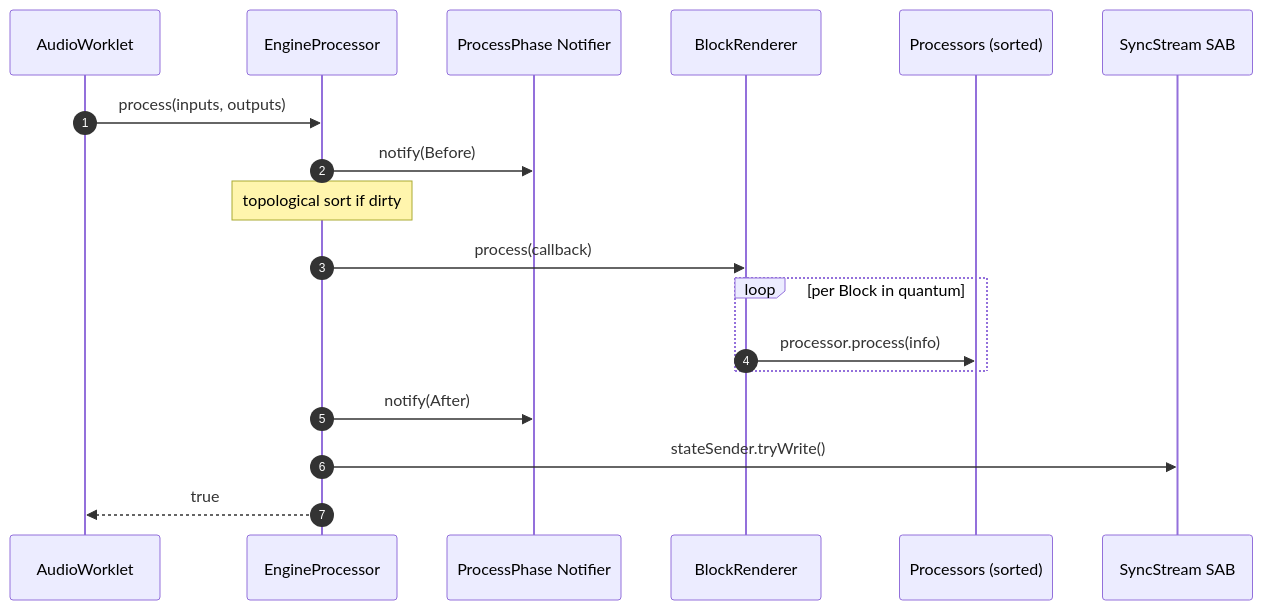
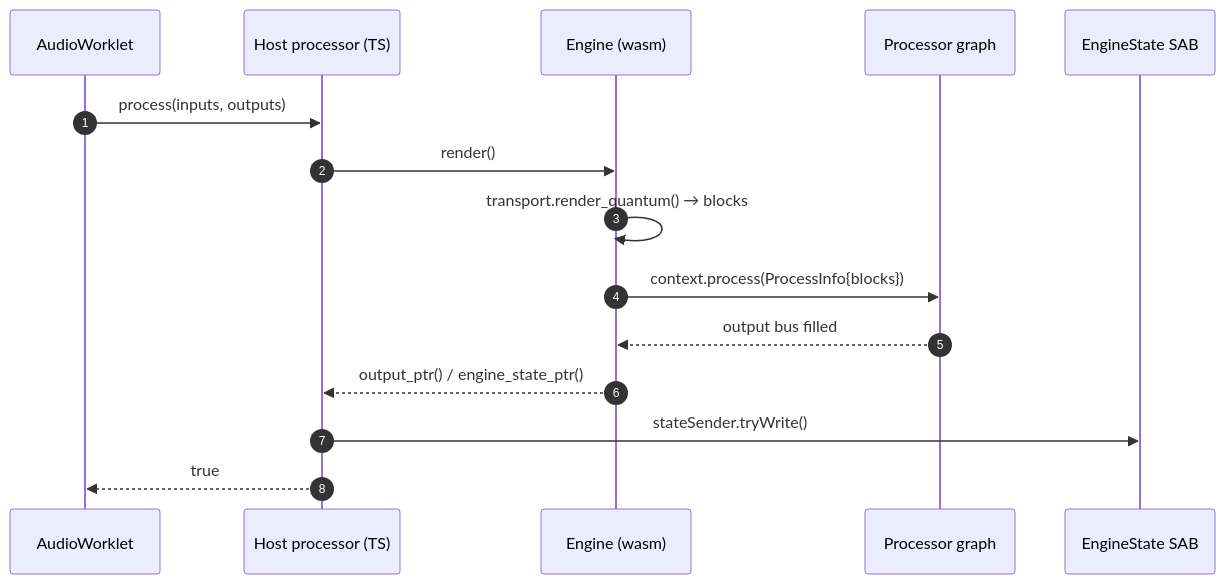
The diagram in documentation/internals/01-engine-processor.md (naomiaro/opendaw-test), drawn with Mermaid before and after one commit. The commit also changed other lines of this file and 51 other files, not shown here.

````diff
--- a/documentation/internals/01-engine-processor.md
+++ b/documentation/internals/01-engine-processor.md
@@ -27,21 +18,18 @@
 ```mermaid
 sequenceDiagram
     autonumber
     participant AW as AudioWorklet
-    participant EP as EngineProcessor
-    participant N as ProcessPhase Notifier
-    participant BR as BlockRenderer
-    participant P as Processors (sorted)
-    participant SAB as SyncStream SAB
+    participant H as Host processor (TS)
+    participant E as Engine (wasm)
+    participant G as Processor graph
+    participant SAB as EngineState SAB
 
-    AW->>EP: process(inputs, outputs)
-    EP->>N: notify(Before)
-    Note over EP: topological sort if dirty
-    EP->>BR: process(callback)
-    loop per Block in quantum
-        BR->>P: processor.process(info)
-    end
-    EP->>N: notify(After)
-    EP->>SAB: stateSender.tryWrite()
-    EP-->>AW: true
+    AW->>H: process(inputs, outputs)
+    H->>E: render()
+    E->>E: transport.render_quantum() → blocks
+    E->>G: context.process(ProcessInfo{blocks})
+    G-->>E: output bus filled
+    E-->>H: output_ptr() / engine_state_ptr()
+    H->>SAB: stateSender.tryWrite()
+    H-->>AW: true
 ```
````
